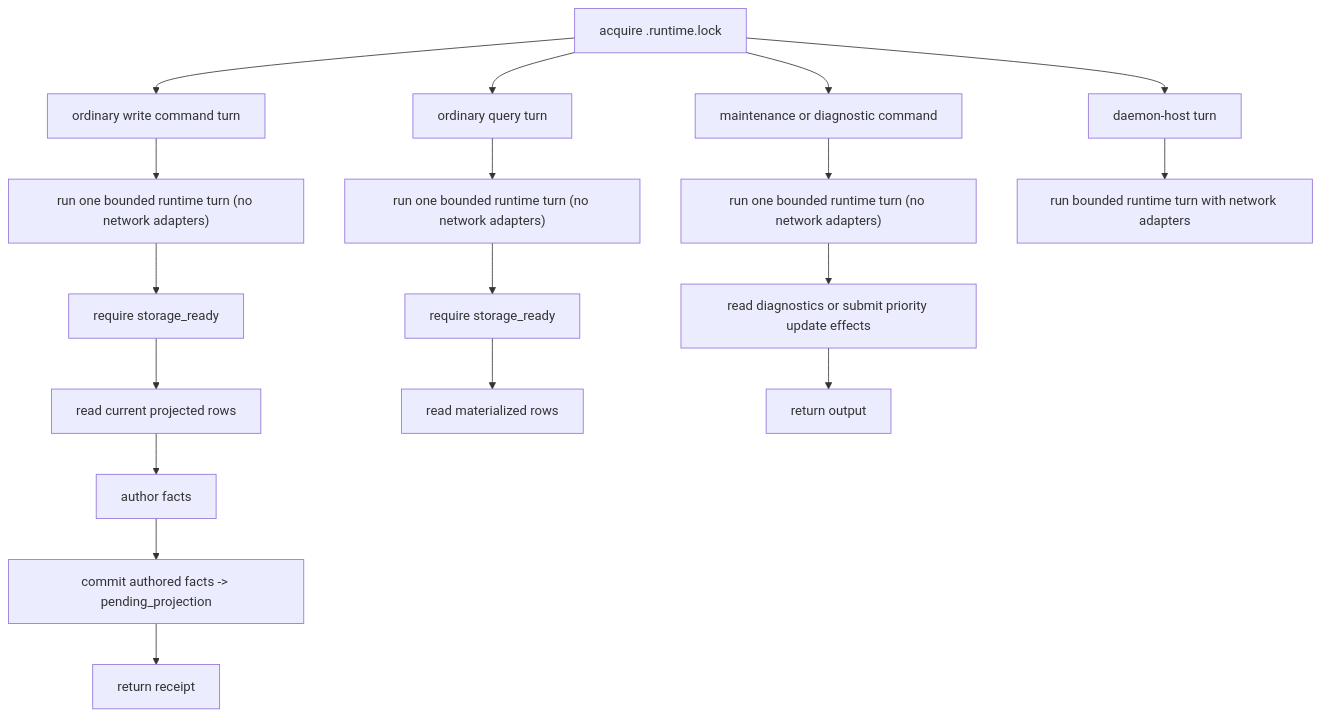
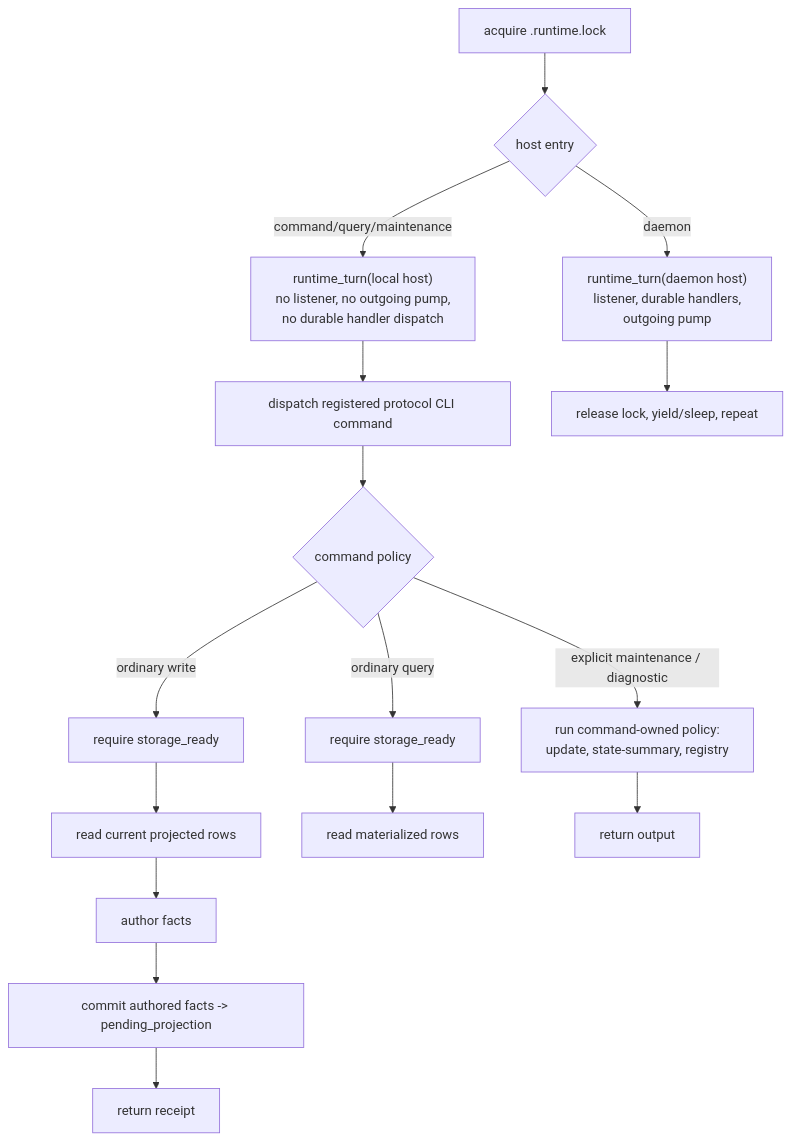
The fourth of 10 diagrams in ARCHITECTURE_DIAGRAMS.md (holmesworcester/poc-10), drawn with Mermaid before and after one commit. The commit also changed other lines of this file, not shown here.

Commit message:
Clarify serialized runtime turn diagram

````diff
--- a/ARCHITECTURE_DIAGRAMS.md
+++ b/ARCHITECTURE_DIAGRAMS.md
@@ -254,26 +262,25 @@
 ```mermaid
 %%{init: {"flowchart": {"wrappingWidth": 300}} }%%
 flowchart TD
     LOCK["acquire <db>.runtime.lock"]
 
-    LOCK --> CMD["ordinary write command turn"]
-    CMD --> CMD_PREFLIGHT["run one bounded runtime turn (no network adapters)"]
-    CMD_PREFLIGHT --> CMD_READY["require storage_ready"]
+    LOCK --> HOST{"host entry"}
+    HOST -- "command/query/maintenance" --> LOCAL_PREFLIGHT["runtime_turn(local host)<br/>no listener, no outgoing pump,<br/>no durable handler dispatch"]
+    HOST -- daemon --> DAEMON_PREFLIGHT["runtime_turn(daemon host)<br/>listener, durable handlers,<br/>outgoing pump"]
+
+    LOCAL_PREFLIGHT --> CLI_DISPATCH["dispatch registered protocol CLI command"]
+    CLI_DISPATCH --> CLI_KIND{"command policy"}
+    CLI_KIND -- "ordinary write" --> CMD_READY["require storage_ready"]
     CMD_READY --> READ_INPUTS["read current projected rows"]
     READ_INPUTS --> AUTHOR["author facts"]
     AUTHOR --> COMMIT_FACTS["commit authored facts -> pending_projection"]
     COMMIT_FACTS --> RECEIPT["return receipt"]
 
-    LOCK --> Q["ordinary query turn"]
-    Q --> Q_PREFLIGHT["run one bounded runtime turn (no network adapters)"]
-    Q_PREFLIGHT --> Q_READY["require storage_ready"]
+    CLI_KIND -- "ordinary query" --> Q_READY["require storage_ready"]
     Q_READY --> READ["read materialized rows"]
 
-    LOCK --> MAINT["maintenance or diagnostic command"]
-    MAINT --> MAINT_PREFLIGHT["run one bounded runtime turn (no network adapters)"]
-    MAINT_PREFLIGHT --> MAINT_WORK["read diagnostics or submit priority update effects"]
-    MAINT_WORK --> MAINT_RETURN["return output"]
+    CLI_KIND -- "explicit maintenance / diagnostic" --> CONTROL["run command-owned policy:<br/>update, state-summary, registry"]
+    CONTROL --> CONTROL_RETURN["return output"]
 
-    LOCK --> DAEMON_HOST["daemon-host turn"]
-    DAEMON_HOST --> DAEMON_TURN["run bounded runtime turn with network adapters"]
+    DAEMON_PREFLIGHT --> DAEMON_LOOP["release lock, yield/sleep, repeat"]
 ```
````
